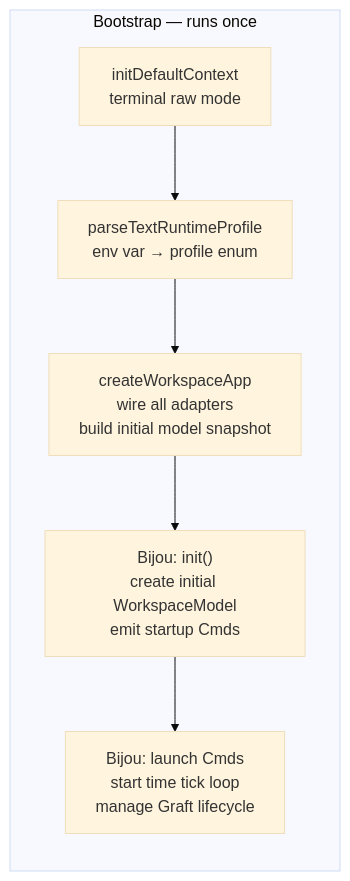
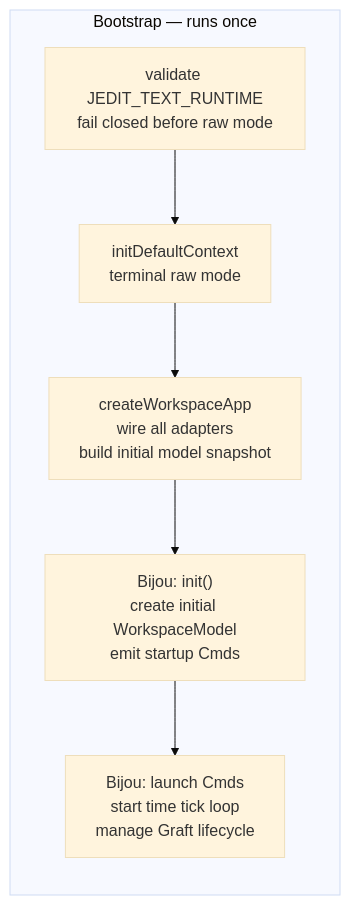
Before and after one commit to flyingrobots/jedit: the fourth of 21 diagrams in docs/technical-teardown.md, drawn with Mermaid (base theme). The commit also changed other lines of this file and 22 other files, not shown here.

Commit message:
fix: remove non-echo text runtime modes

````diff
--- a/docs/technical-teardown.md
+++ b/docs/technical-teardown.md
@@ -264,11 +267,11 @@
 ```mermaid
 flowchart LR
     subgraph Bootstrap["Bootstrap — runs once"]
-        B1["initDefaultContext<br />terminal raw mode"]
-        B2["parseTextRuntimeProfile<br />env var → profile enum"]
+        B1["validate JEDIT_TEXT_RUNTIME<br />fail closed before raw mode"]
+        B2["initDefaultContext<br />terminal raw mode"]
         B3["createWorkspaceApp<br />wire all adapters<br />build initial model snapshot"]
         B4["Bijou: init()<br />create initial WorkspaceModel<br />emit startup Cmds"]
         B5["Bijou: launch Cmds<br />start time tick loop<br />manage Graft lifecycle"]
     end
     B1 --> B2 --> B3 --> B4 --> B5
 ```
````
